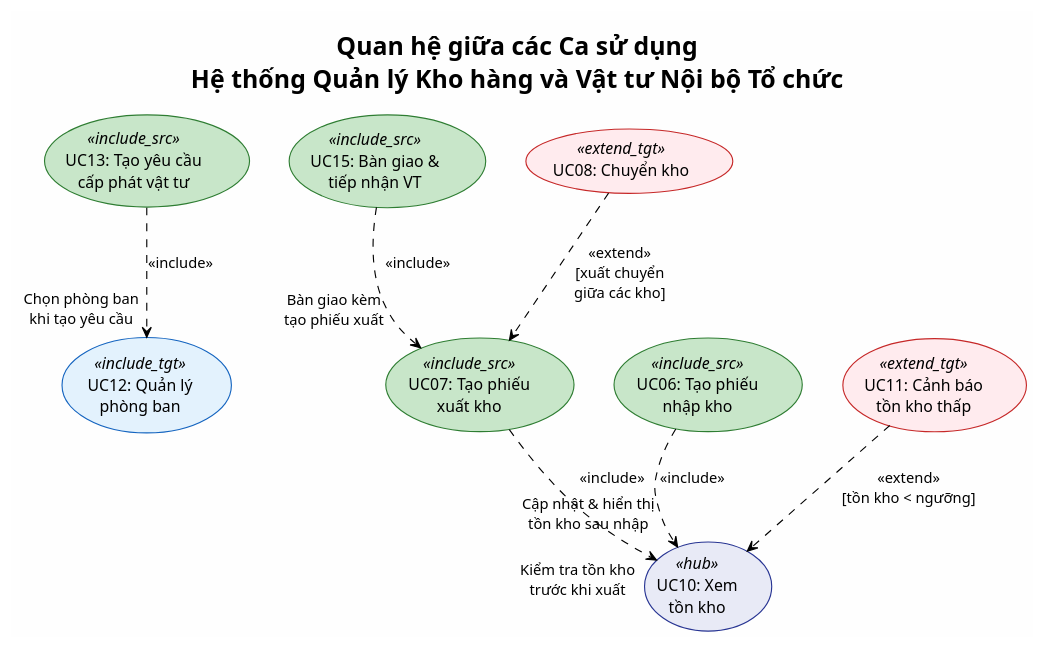
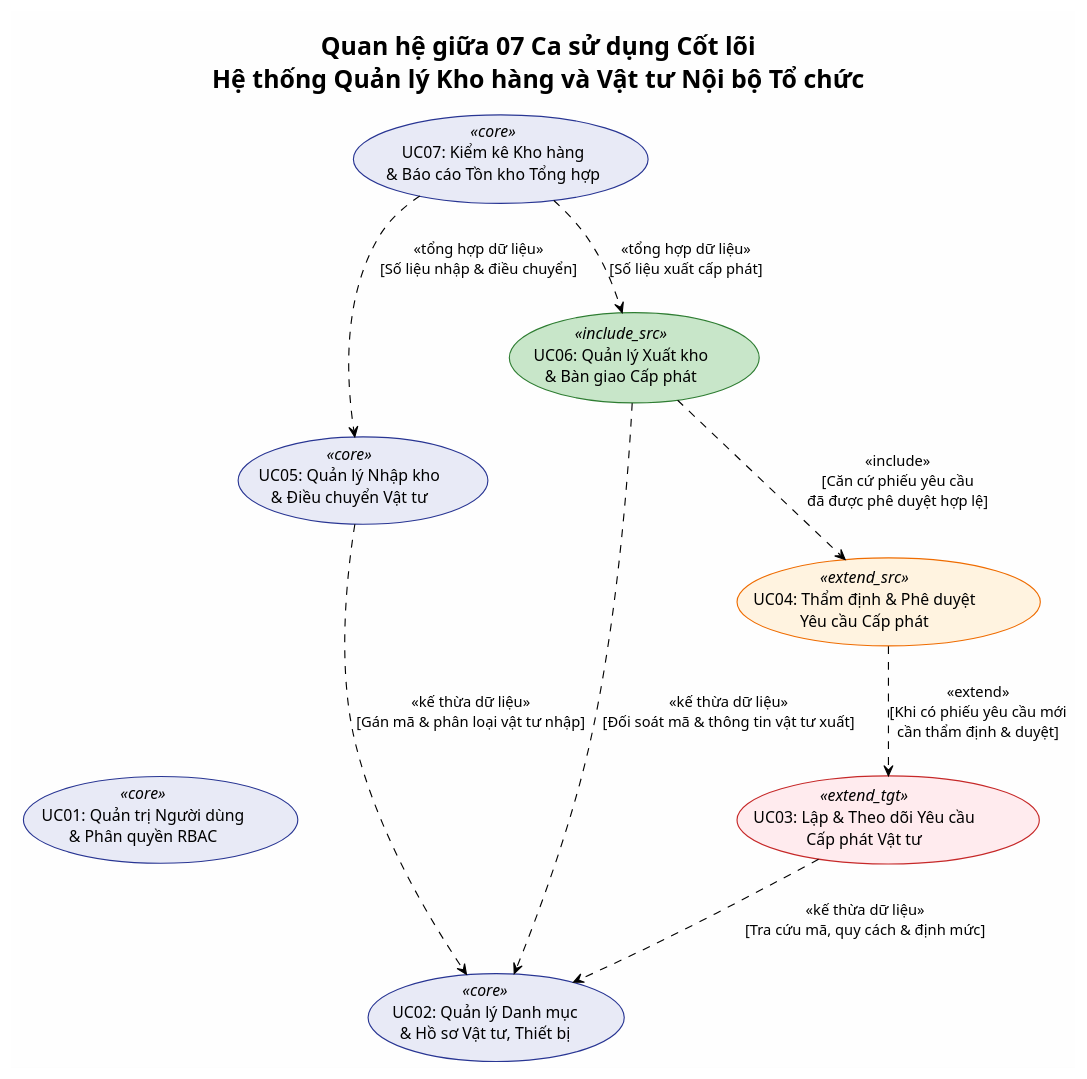
Before and after one commit to vuhoabinh2416137/G8_Quanlysanphamvakhohang: the diagram in BTL-QuanLyKhoHang/plantuml/functional-model-uc-relations.puml, drawn with PlantUML. The commit also changed 18 other files, not shown here.

Commit message:
feat(model): Chuan hoa 07 Use Case cot loi can bang 1-1 cho 7 thanh vien, cap nhat UCP 82.76, BFD, specs va diagrams

```diff
--- a/BTL-QuanLyKhoHang/plantuml/functional-model-uc-relations.puml
+++ b/BTL-QuanLyKhoHang/plantuml/functional-model-uc-relations.puml
@@ -1,57 +1,54 @@
 @startuml functional-model-uc-relations
 !theme plain
 skinparam defaultFontName "Arial"
 skinparam backgroundColor #FEFEFE
 skinparam packageStyle rectangle
 
-title Quan hệ giữa các Ca sử dụng\nHệ thống Quản lý Kho hàng và Vật tư Nội bộ Tổ chức
+title Quan hệ giữa 07 Ca sử dụng Cốt lõi\nHệ thống Quản lý Kho hàng và Vật tư Nội bộ Tổ chức
 
 skinparam usecase {
     BackgroundColor<<include_src>> #C8E6C9
     BorderColor<<include_src>> #2E7D32
 
     BackgroundColor<<include_tgt>> #E3F2FD
     BorderColor<<include_tgt>> #1565C0
 
     BackgroundColor<<extend_src>> #FFF3E0
     BorderColor<<extend_src>> #EF6C00
 
     BackgroundColor<<extend_tgt>> #FFEBEE
     BorderColor<<extend_tgt>> #C62828
 
-    BackgroundColor<<hub>> #E8EAF6
-    BorderColor<<hub>> #283593
+    BackgroundColor<<core>> #E8EAF6
+    BorderColor<<core>> #283593
 }
 
-' ===== Use Cases =====
-usecase "UC15: Bàn giao &\ntiếp nhận VT" as UC15 <<include_src>>
-usecase "UC06: Tạo phiếu\nnhập kho" as UC06 <<include_src>>
-usecase "UC07: Tạo phiếu\nxuất kho" as UC07 <<include_src>>
-usecase "UC13: Tạo yêu cầu\ncấp phát vật tư" as UC13 <<include_src>>
+' ===== 07 Use Cases Cốt lõi =====
+usecase "UC01: Quản trị Người dùng\n& Phân quyền RBAC" as UC01 <<core>>
+usecase "UC02: Quản lý Danh mục\n& Hồ sơ Vật tư, Thiết bị" as UC02 <<core>>
+usecase "UC03: Lập & Theo dõi Yêu cầu\nCấp phát Vật tư" as UC03 <<extend_tgt>>
+usecase "UC04: Thẩm định & Phê duyệt\nYêu cầu Cấp phát" as UC04 <<extend_src>>
+usecase "UC05: Quản lý Nhập kho\n& Điều chuyển Vật tư" as UC05 <<core>>
+usecase "UC06: Quản lý Xuất kho\n& Bàn giao Cấp phát" as UC06 <<include_src>>
+usecase "UC07: Kiểm kê Kho hàng\n& Báo cáo Tồn kho Tổng hợp" as UC07 <<core>>
 
-usecase "UC10: Xem\ntồn kho" as UC10 <<hub>>
-usecase "UC12: Quản lý\nphòng ban" as UC12 <<include_tgt>>
+' ===== Quan hệ Nghiệp vụ =====
+' UC04 mở rộng luồng xử lý của UC03 khi có yêu cầu cần duyệt
+UC04 ..> UC03 : <<extend>>\n[Khi có phiếu yêu cầu mới\ncần thẩm định & duyệt]
 
-usecase "UC11: Cảnh báo\ntồn kho thấp" as UC11 <<extend_tgt>>
-usecase "UC08: Chuyển kho" as UC08 <<extend_tgt>>
+' UC06 bắt buộc bao gồm phiếu đã được duyệt từ UC04
+UC06 ..> UC04 : <<include>>\n[Căn cứ phiếu yêu cầu\nđã được phê duyệt hợp lệ]
 
-' ===== Include Relationships =====
-UC15 ..> UC07 : <<include>>\n"Bàn giao kèm\ntạo phiếu xuất"
+' UC03, UC05, UC06 tham chiếu danh mục UC02
+UC03 ..> UC02 : <<kế thừa dữ liệu>>\n[Tra cứu mã, quy cách & định mức]
+UC05 ..> UC02 : <<kế thừa dữ liệu>>\n[Gán mã & phân loại vật tư nhập]
+UC06 ..> UC02 : <<kế thừa dữ liệu>>\n[Đối soát mã & thông tin vật tư xuất]
 
-UC06 ..> UC10 : <<include>>\n"Cập nhật & hiển thị\ntồn kho sau nhập"
+' UC05, UC06 biến động số liệu phục vụ kiểm kê & báo cáo UC07
+UC07 ..> UC05 : <<tổng hợp dữ liệu>>\n[Số liệu nhập & điều chuyển]
+UC07 ..> UC06 : <<tổng hợp dữ liệu>>\n[Số liệu xuất cấp phát]
 
-UC07 ..> UC10 : <<include>>\n"Kiểm tra tồn kho\ntrước khi xuất"
-
-UC13 ..> UC12 : <<include>>\n"Chọn phòng ban\nkhi tạo yêu cầu"
-
-' ===== Extend Relationships =====
-UC11 ..> UC10 : <<extend>>\n[tồn kho < ngưỡng]
-
-UC08 ..> UC07 : <<extend>>\n[xuất chuyển\ngiữa các kho]
-
-' ===== Layout =====
-UC15 -[hidden]down- UC07
-UC06 -[hidden]down- UC10
-UC13 -[hidden]right- UC15
+' UC01 phân quyền cho toàn bộ hệ thống
+UC01 .[hidden]down. UC02
 
 @enduml
```
